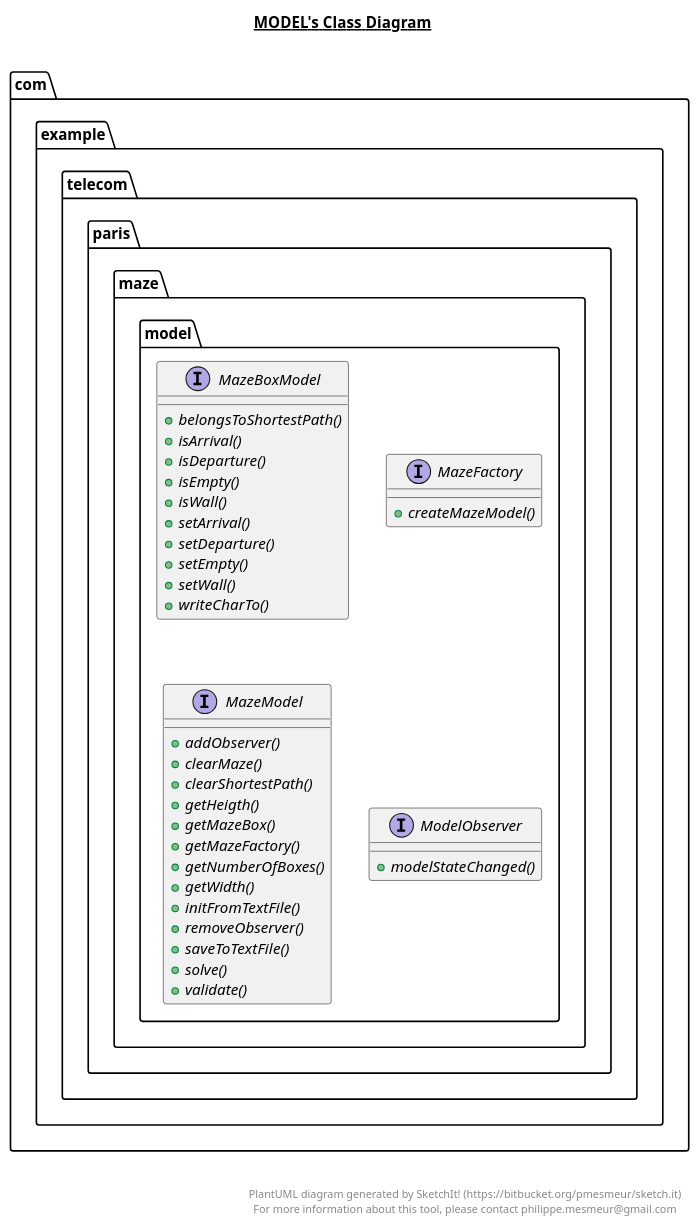
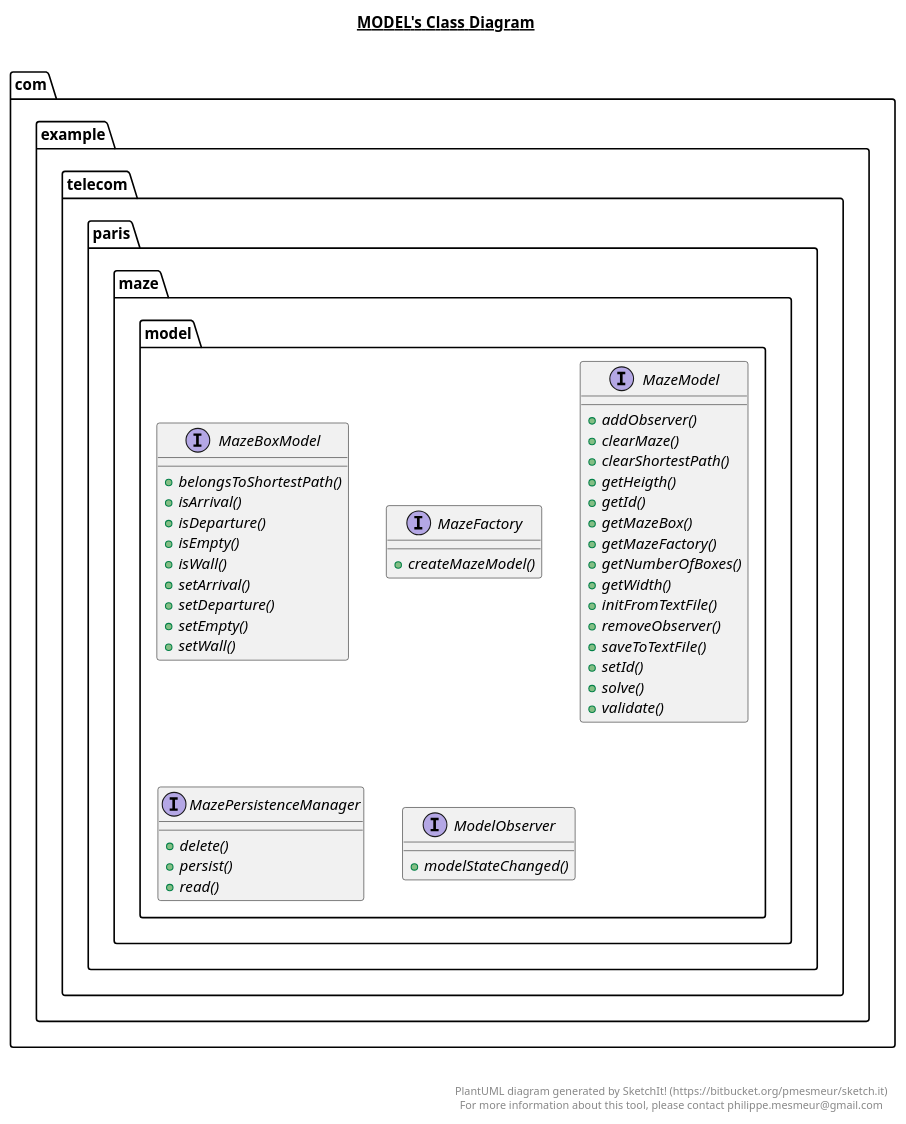
The diagram in src/main/java/com/example/telecom/paris/maze/model/model.plantuml (kali973/tp06MazuiDijkstra), drawn with PlantUML before and after one commit. The commit also changed 166 other files, not shown here.

```diff
--- a/src/main/java/com/example/telecom/paris/maze/model/model.plantuml
+++ b/src/main/java/com/example/telecom/paris/maze/model/model.plantuml
@@ -1,63 +1,73 @@
 @startuml
 
 title __MODEL's Class Diagram__\n
 
   namespace com.example.telecom.paris.maze.model {
     interface com.example.telecom.paris.maze.model.MazeBoxModel {
         {abstract} + belongsToShortestPath()
         {abstract} + isArrival()
         {abstract} + isDeparture()
         {abstract} + isEmpty()
         {abstract} + isWall()
         {abstract} + setArrival()
         {abstract} + setDeparture()
         {abstract} + setEmpty()
         {abstract} + setWall()
-        {abstract} + writeCharTo()
     }
   }
   
 
   namespace com.example.telecom.paris.maze.model {
     interface com.example.telecom.paris.maze.model.MazeFactory {
         {abstract} + createMazeModel()
     }
   }
   
 
   namespace com.example.telecom.paris.maze.model {
     interface com.example.telecom.paris.maze.model.MazeModel {
         {abstract} + addObserver()
         {abstract} + clearMaze()
         {abstract} + clearShortestPath()
         {abstract} + getHeigth()
+        {abstract} + getId()
         {abstract} + getMazeBox()
         {abstract} + getMazeFactory()
         {abstract} + getNumberOfBoxes()
         {abstract} + getWidth()
         {abstract} + initFromTextFile()
         {abstract} + removeObserver()
         {abstract} + saveToTextFile()
+        {abstract} + setId()
         {abstract} + solve()
         {abstract} + validate()
+    }
+  }
+  
+
+  namespace com.example.telecom.paris.maze.model {
+    interface com.example.telecom.paris.maze.model.MazePersistenceManager {
+        {abstract} + delete()
+        {abstract} + persist()
+        {abstract} + read()
     }
   }
   
 
   namespace com.example.telecom.paris.maze.model {
     interface com.example.telecom.paris.maze.model.ModelObserver {
         {abstract} + modelStateChanged()
     }
   }
   
 
 
 
 right footer
 
 
 PlantUML diagram generated by SketchIt! (https://bitbucket.org/pmesmeur/sketch.it)
 For more information about this tool, please contact philippe.mesmeur@gmail.com
 endfooter
 
 @enduml
```
